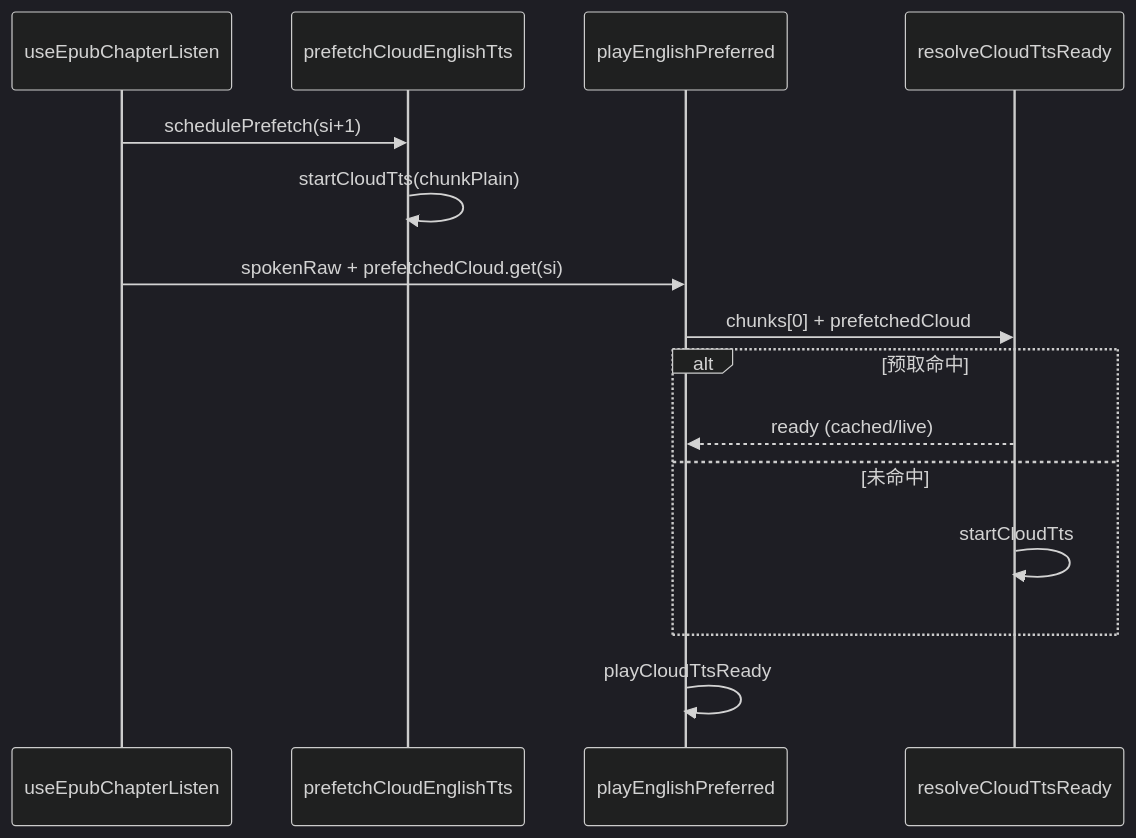
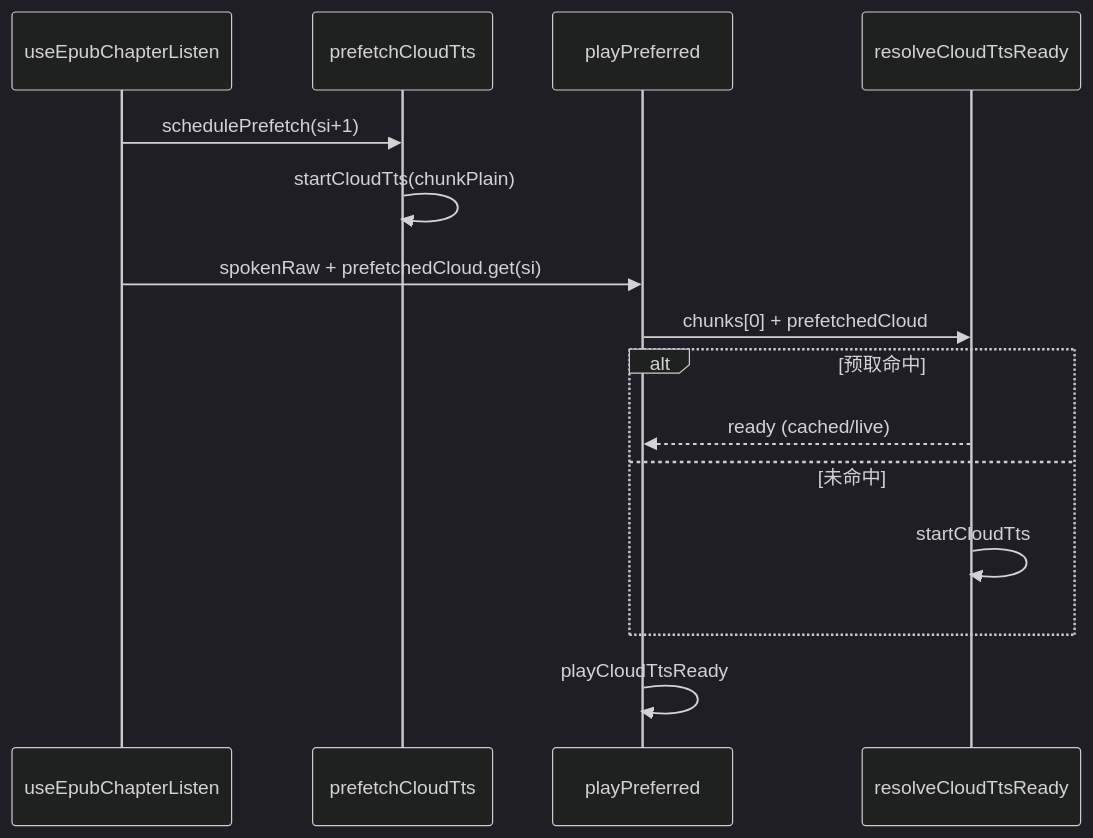
The diagram in docs/ebook/epub-listen-cloud-prefetch.md (dnhyxc/dnhyxc-ai), drawn with Mermaid (dark theme) before and after one commit. The commit also changed other lines of this file and 111 other files, not shown here.

````diff
--- a/docs/ebook/epub-listen-cloud-prefetch.md
+++ b/docs/ebook/epub-listen-cloud-prefetch.md
@@ -65,18 +65,18 @@
 ```mermaid
 sequenceDiagram
   participant Hook as useEpubChapterListen
-  participant Pref as prefetchCloudEnglishTts
-  participant Play as playEnglishPreferred
+  participant Pref as prefetchCloudTts
+  participant Play as playPreferred
   participant Cloud as resolveCloudTtsReady
 
   Hook->>Pref: schedulePrefetch(si+1)
   Pref->>Pref: startCloudTts(chunkPlain)
   Hook->>Play: spokenRaw + prefetchedCloud.get(si)
   Play->>Cloud: chunks[0] + prefetchedCloud
   alt 预取命中
     Cloud-->>Play: ready (cached/live)
   else 未命中
     Cloud->>Cloud: startCloudTts
   end
   Play->>Play: playCloudTtsReady
 ```
````
